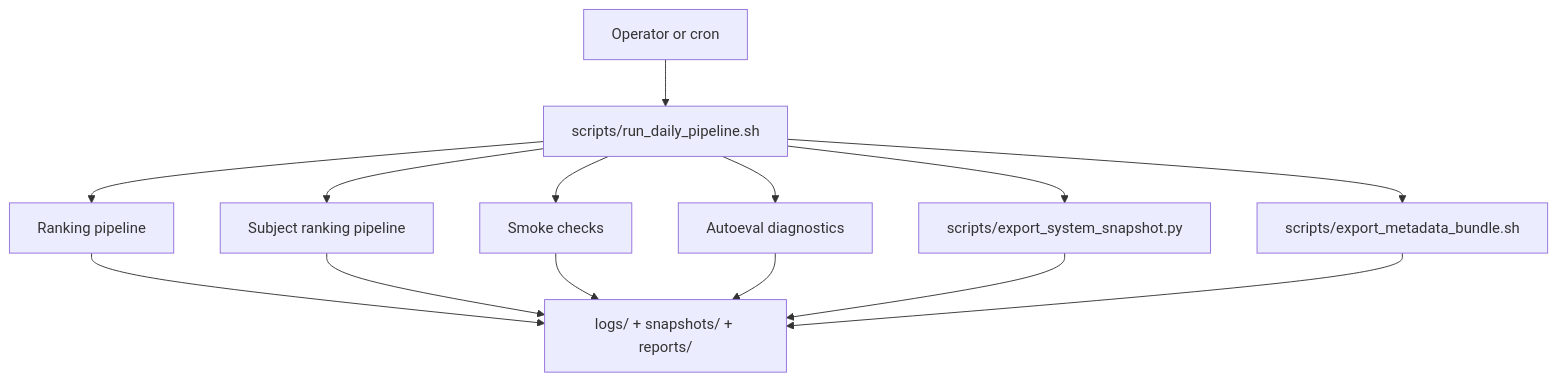
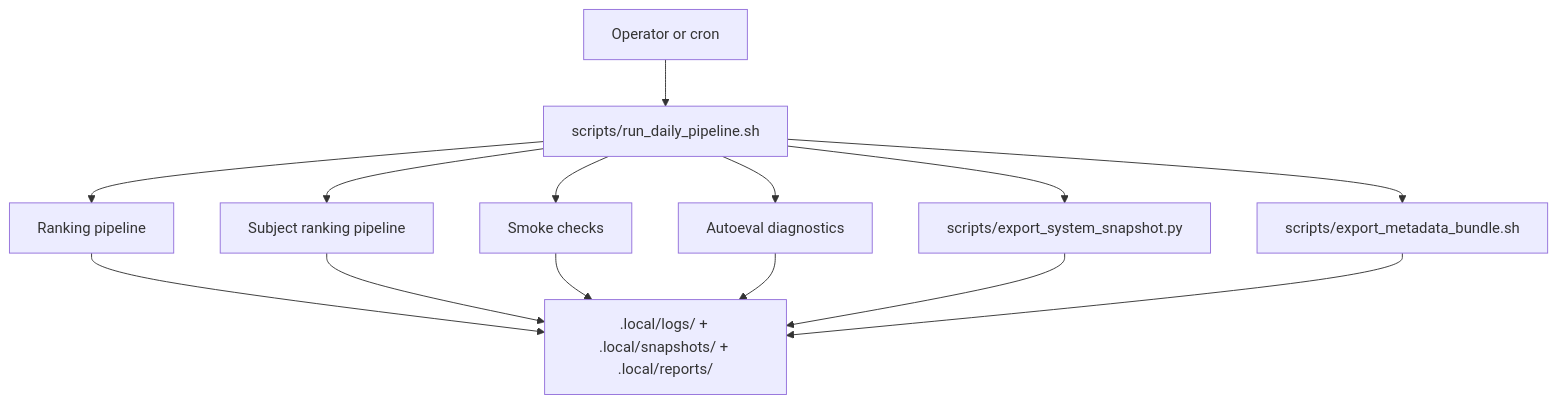
Before and after one commit to heinricitorgau/CrawlerNest: the sixth of 8 diagrams in docs/ARCHITECTURE_OVERVIEW.md, drawn with Mermaid. The commit also changed other lines of this file and 107 other files, not shown here.

````diff
--- a/docs/ARCHITECTURE_OVERVIEW.md
+++ b/docs/ARCHITECTURE_OVERVIEW.md
@@ -147,20 +147,20 @@
 ```mermaid
 flowchart TB
     trigger["Operator or cron"]
     daily["scripts/run_daily_pipeline.sh"]
     ranking["Ranking pipeline"]
     subject["Subject ranking pipeline"]
     smoke["Smoke checks"]
     autoeval["Autoeval diagnostics"]
     snapshot["scripts/export_system_snapshot.py"]
     bundle["scripts/export_metadata_bundle.sh"]
-    evidence["logs/ + snapshots/ + reports/"]
+    evidence[".local/logs/ + .local/snapshots/ + .local/reports/"]
 
     trigger --> daily
     daily --> ranking --> evidence
     daily --> subject --> evidence
     daily --> smoke --> evidence
     daily --> autoeval --> evidence
     daily --> snapshot --> evidence
     daily --> bundle --> evidence
 ```
````
